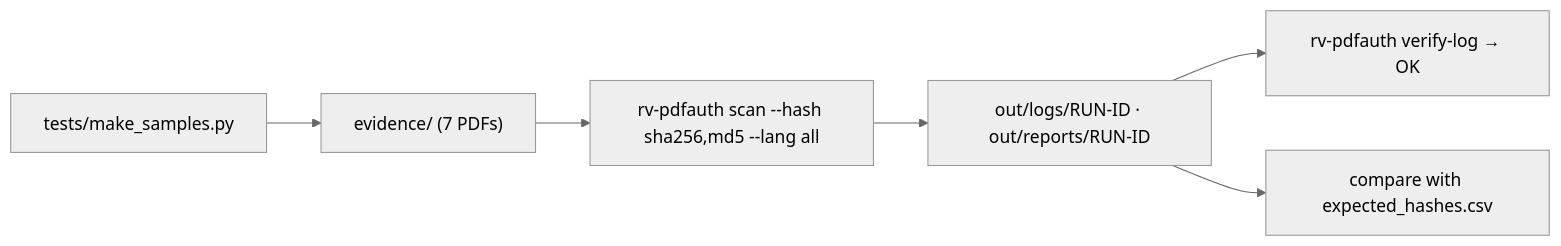
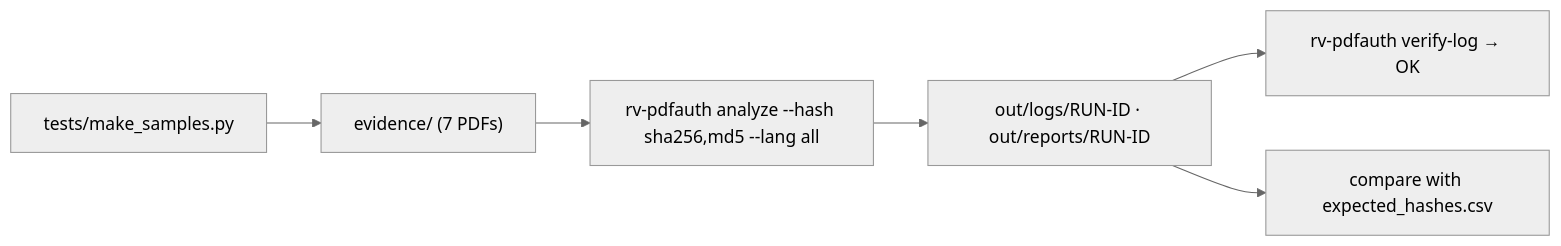
Before and after one commit to Panacota96/rv-pdfauth: the diagram in examples/README.md, drawn with Mermaid (neutral theme). The commit also changed 30 other files, not shown here.

````diff
--- a/examples/README.md
+++ b/examples/README.md
@@ -24,8 +24,8 @@
 ```mermaid
 flowchart LR
     G["tests/make_samples.py"] --> E["evidence/ (7 PDFs)"]
-    E --> S["rv-pdfauth scan --hash sha256,md5 --lang all"]
+    E --> S["rv-pdfauth analyze --hash sha256,md5 --lang all"]
     S --> O["out/logs/RUN-ID · out/reports/RUN-ID"]
     O --> V["rv-pdfauth verify-log → OK"]
     O --> C["compare with expected_hashes.csv"]
 ```
````
